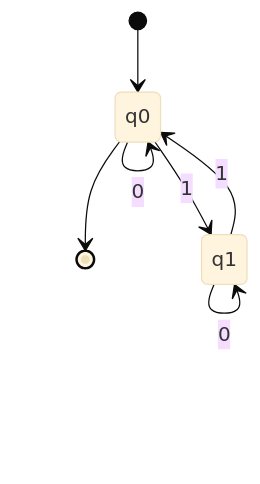
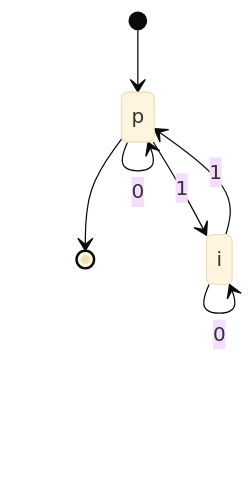
The diagram in public/documents/semester-4/1/4121.md (djaimej/computer-science-template), drawn with Mermaid (base theme) before and after one commit. The commit also changed other lines of this file and 7 other files, not shown here.

````diff
--- a/public/documents/semester-4/1/4121.md
+++ b/public/documents/semester-4/1/4121.md
@@ -40,9 +38,9 @@
 ```mermaid
 stateDiagram-v2
-    [*] --> q0
-    q0 --> q0: 0
-    q0 --> q1: 1
-    q1 --> q1: 0
-    q1 --> q0: 1
-    q0 --> [*]
+    [*] --> p
+    p --> p: 0
+    p --> i: 1
+    i --> i: 0
+    i --> p: 1
+    p --> [*]
 ```
````
